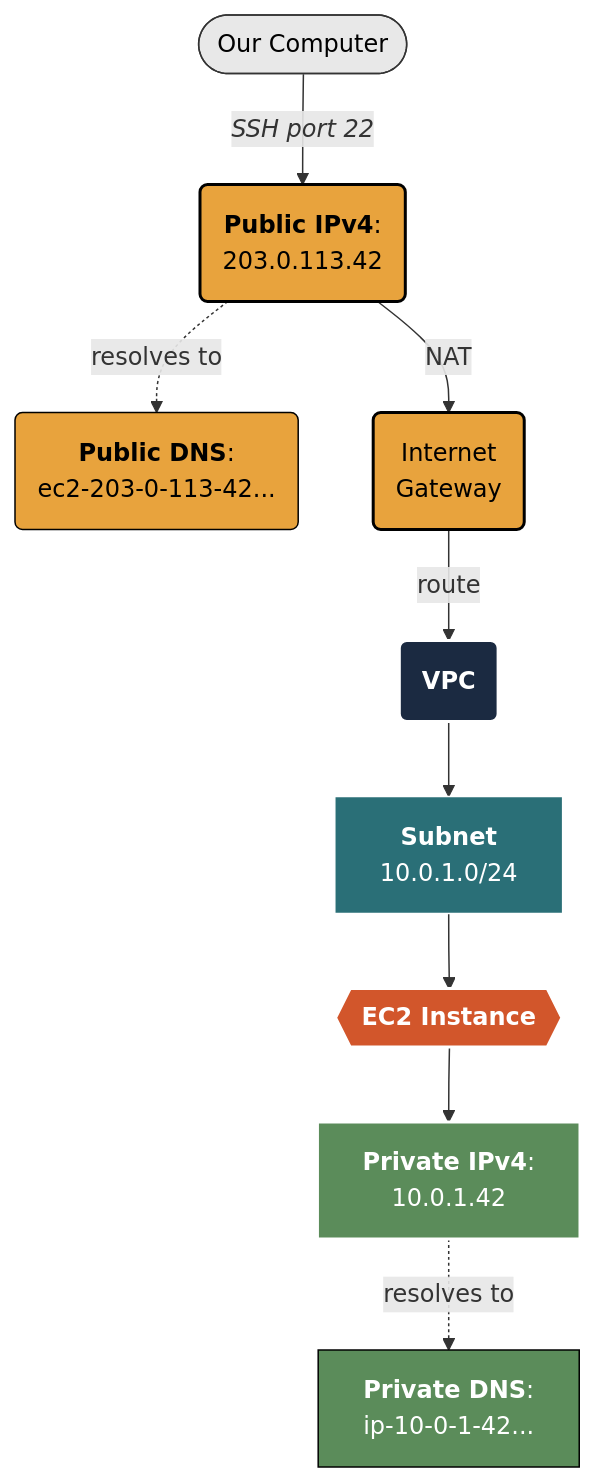
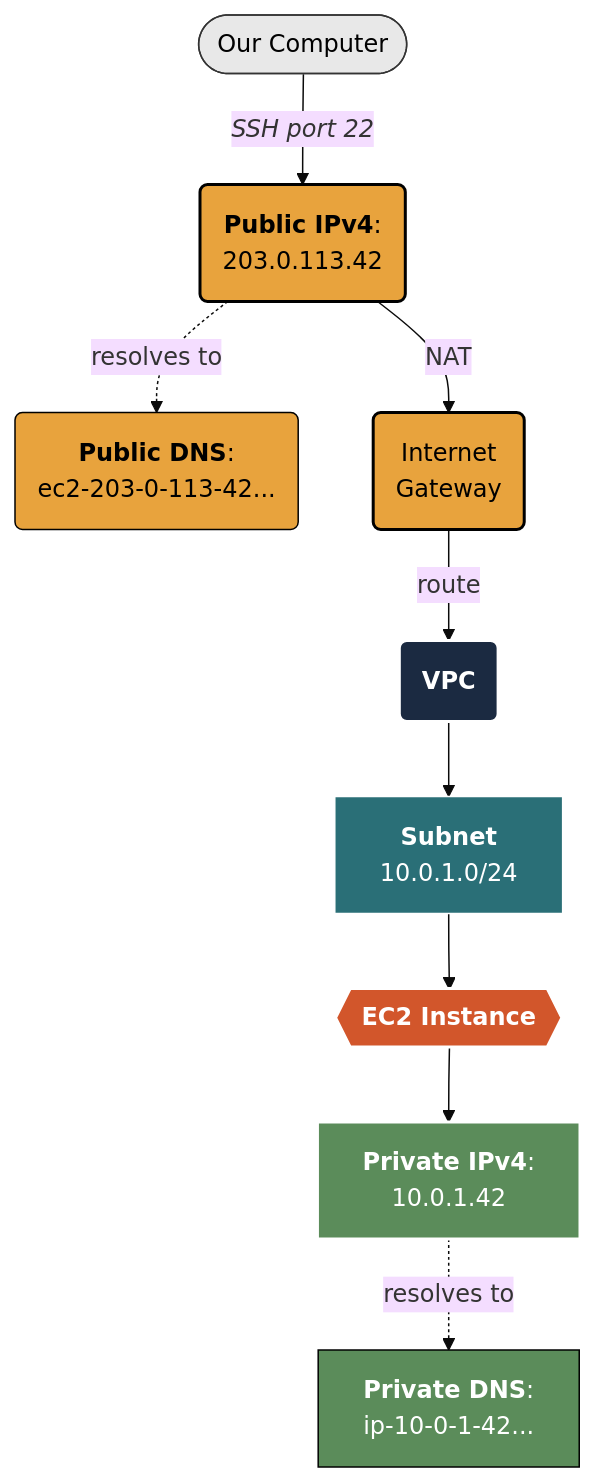
Before and after one commit to mjfrigaard/do4ds-labs: the first of 2 diagrams in aws-ssh-ec2.qmd, drawn with Mermaid. The commit also changed other lines of this file and 510 other files, not shown here.

````diff
--- a/aws-ssh-ec2.qmd
+++ b/aws-ssh-ec2.qmd
@@ -66,36 +66,36 @@
 ```{mermaid}
 %%| fig-cap: 'EC2 Instance Network Architecture'
 %%| fig-width: 8.0
 %%| fig-align: 'center'
-%%{init: {'theme': 'base', 'themeVariables': {'fontFamily': 'monospace'}}}}%%
+%%{init: {'theme': 'base', 'themeVariables': {'fontFamily': 'monospace'}}}%%
 
 graph TD
     Client(["Our Computer"])
     PubIP("<strong>Public IPv4</strong>:<br>203.0.113.42")
     PubDNS("<strong>Public DNS</strong>:<br>ec2-203-0-113-42...")
     IGW("Internet<br>Gateway")
     VPC("<strong>VPC</strong>")
     Subnet["<strong>Subnet</strong><br>10.0.1.0/24"]
     Instance{{"<strong>EC2 Instance</strong>"}}
     PrivIP["<strong>Private IPv4</strong>:<br>10.0.1.42"]
     PrivDNS["<strong>Private DNS</strong>:<br>ip-10-0-1-42..."]
     
     Client -->|"<em>SSH port 22</em>"| PubIP
     PubIP -.->|resolves to| PubDNS
     PubIP -->|NAT| IGW
     IGW -->|route| VPC
     VPC --> Subnet
     Subnet --> Instance
     Instance --> PrivIP
     PrivIP -.->|resolves to| PrivDNS
 
     style Client fill:#E8E8E8,stroke:#333,stroke-width:1px,color:#000
     style PubIP fill:#E8A33D,stroke:#000,stroke-width:2px,color:#000
     style PubDNS fill:#E8A33D,stroke:#000,stroke-width:1px,color:#000
     style IGW fill:#E8A33D,stroke:#000,stroke-width:2px,color:#000
     style VPC fill:#1B2A41,stroke:#fff,stroke-width:2px,color:#fff
     style Subnet fill:#2A6F77,stroke:#fff,stroke-width:1px,color:#fff
     style Instance fill:#D2562B,stroke:#fff,stroke-width:2px,color:#fff
     style PrivIP fill:#5B8C5A,stroke:#fff,stroke-width:2px,color:#fff
     style PrivDNS fill:#5B8C5A,stroke:#000,stroke-width:1px,color:#fff
 ```
````
